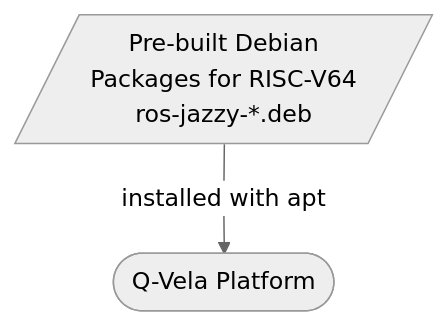
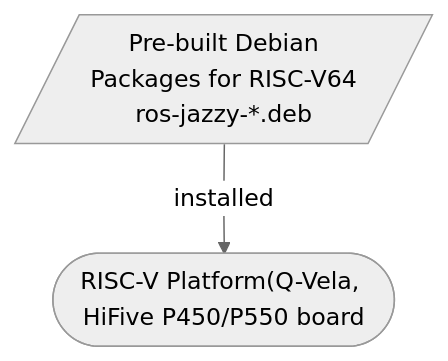
The diagram in README.md (junho-falinux/vela-ros), drawn with Mermaid (neutral theme) before and after one commit.

Commit message:
Update README for RISC-V Platform clarification

````diff
--- a/README.md
+++ b/README.md
@@ -11,9 +11,9 @@
 ```mermaid
 flowchart TB
     DEBS[/"Pre-built Debian<br/> Packages for RISC-V64<br/>ros-jazzy-*.deb"/]
 
-    ENV(["Q-Vela Platform<br/>"])
+    ENV(["RISC-V Platform(Q-Vela, HiFive P450/P550 board<br/>"])
     click ENV href "https://github.com/riscv-vela/vela" "Vela repository"
 
-    DEBS -->|"installed with apt"| ENV
+    DEBS -->|"installed"| ENV
 ```
````
